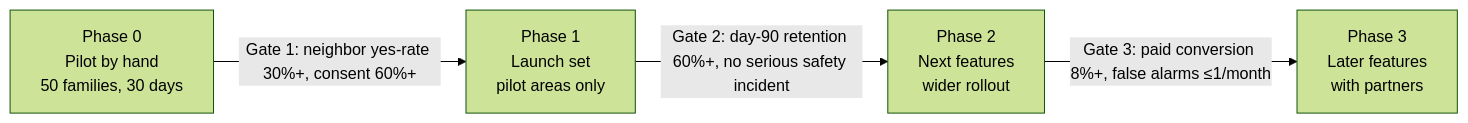
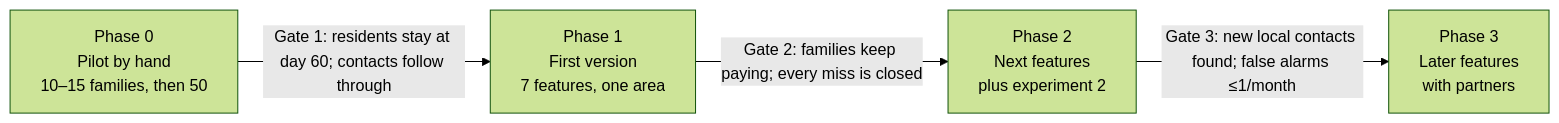
Before and after one commit to WangPantopus/skinny-pantopus: the fourth of 5 diagrams in docs/product/porchlight-product-design-2026-09-26.md, drawn with Mermaid (forest theme). The commit also changed other lines of this file and 1 other file, not shown here.

````diff
--- a/docs/product/porchlight-product-design-2026-09-26.md
+++ b/docs/product/porchlight-product-design-2026-09-26.md
@@ -922,6 +971,6 @@
 ```mermaid
 flowchart LR
-  P0[Phase 0<br/>Pilot by hand<br/>50 families, 30 days] -->|Gate 1: neighbor yes-rate 30%+, consent 60%+| P1[Phase 1<br/>Launch set<br/>pilot areas only]
-  P1 -->|Gate 2: day-90 retention 60%+, no serious safety incident| P2[Phase 2<br/>Next features<br/>wider rollout]
-  P2 -->|Gate 3: paid conversion 8%+, false alarms ≤1/month| P3[Phase 3<br/>Later features<br/>with partners]
+  P0[Phase 0<br/>Pilot by hand<br/>10–15 families, then 50] -->|Gate 1: residents stay at day 60; contacts follow through| P1[Phase 1<br/>First version<br/>7 features, one area]
+  P1 -->|Gate 2: families keep paying; every miss is closed| P2[Phase 2<br/>Next features<br/>plus experiment 2]
+  P2 -->|Gate 3: new local contacts found; false alarms ≤1/month| P3[Phase 3<br/>Later features<br/>with partners]
 ```
````
